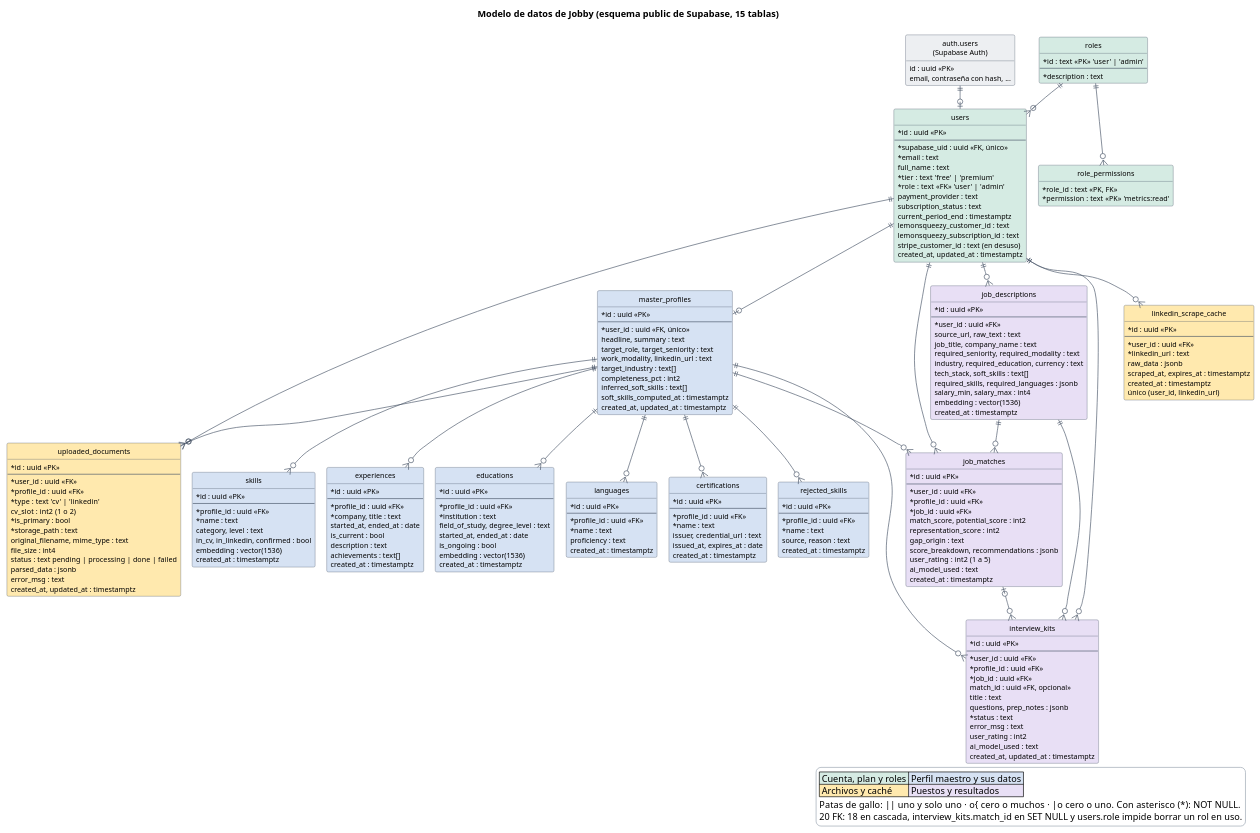
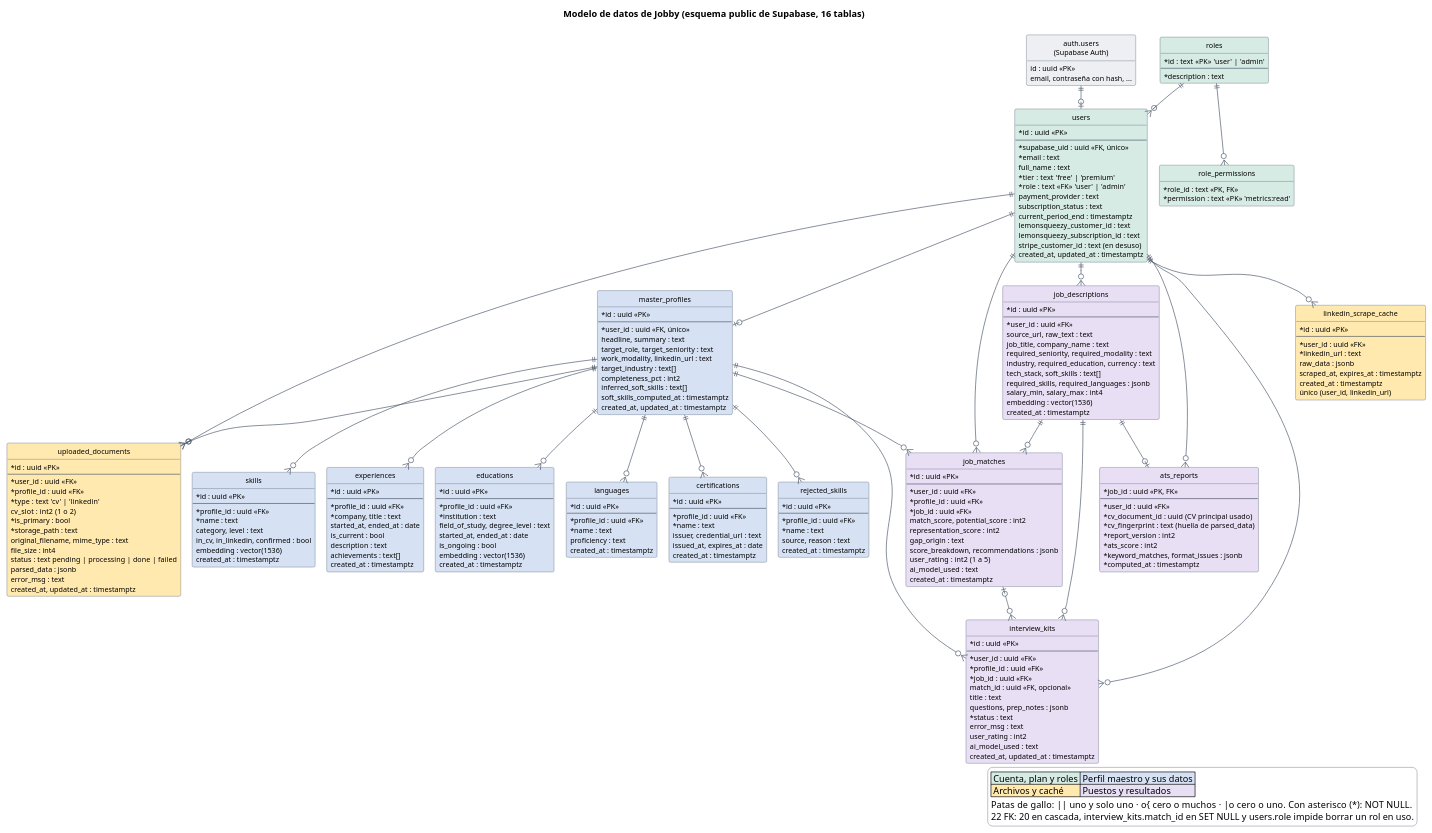
The diagram in docs/diagramas/modelo-entidad-relacion.puml (Buatishi/Jobby), drawn with PlantUML before and after one commit. The commit also changed 12 other files, not shown here.

First line of the commit message:
Document the stored ATS report (Decision 33)

```diff
--- a/docs/diagramas/modelo-entidad-relacion.puml
+++ b/docs/diagramas/modelo-entidad-relacion.puml
@@ -1,6 +1,7 @@
 @startuml
 ' Modelo entidad-relación de Jobby. Fuente: services/api/migrations/001 a 026, contrastado el 2026-09-23
 ' con la base de Supabase (15 tablas del esquema public, RLS activo en todas). No se dibuja auth.users salvo como referencia.
+' ats_reports viene de la migración 031 (2026-10-20, Decisión 33): se aplica a Supabase antes de desplegar ese cambio.
 !pragma layout smetana
 hide circle
 hide methods
@@ -15,7 +16,7 @@
 skinparam legendBackgroundColor #FFFFFF
 skinparam legendBorderColor #9AA5B1
 
-title Modelo de datos de Jobby (esquema public de Supabase, 15 tablas)
+title Modelo de datos de Jobby (esquema public de Supabase, 16 tablas)
 
 entity "auth.users\n(Supabase Auth)" as authusers #EDEFF2 {
   id : uuid <<PK>>
@@ -174,6 +175,18 @@
   created_at : timestamptz
 }
 
+entity ats_reports #E8DFF5 {
+  * job_id : uuid <<PK, FK>>
+  --
+  * user_id : uuid <<FK>>
+  * cv_document_id : uuid  (CV principal usado)
+  * cv_fingerprint : text  (huella de parsed_data)
+  * report_version : int2
+  * ats_score : int2
+  * keyword_matches, format_issues : jsonb
+  * computed_at : timestamptz
+}
+
 entity interview_kits #E8DFF5 {
   * id : uuid <<PK>>
   --
@@ -221,12 +234,14 @@
 master_profiles ||--o{ interview_kits
 job_descriptions ||--o{ interview_kits
 job_matches |o--o{ interview_kits
+users ||--o{ ats_reports
+job_descriptions ||--o| ats_reports
 users ||--o{ linkedin_scrape_cache
 
 legend right
   |<#D5EBE3> Cuenta, plan y roles |<#D6E2F3> Perfil maestro y sus datos |
   |<#FFE9AE> Archivos y caché |<#E8DFF5> Puestos y resultados |
   Patas de gallo: ||  uno y solo uno · o{  cero o muchos · |o  cero o uno. Con asterisco (*): NOT NULL.
-  20 FK: 18 en cascada, interview_kits.match_id en SET NULL y users.role impide borrar un rol en uso.
+  22 FK: 20 en cascada, interview_kits.match_id en SET NULL y users.role impide borrar un rol en uso.
 endlegend
 @enduml
```
